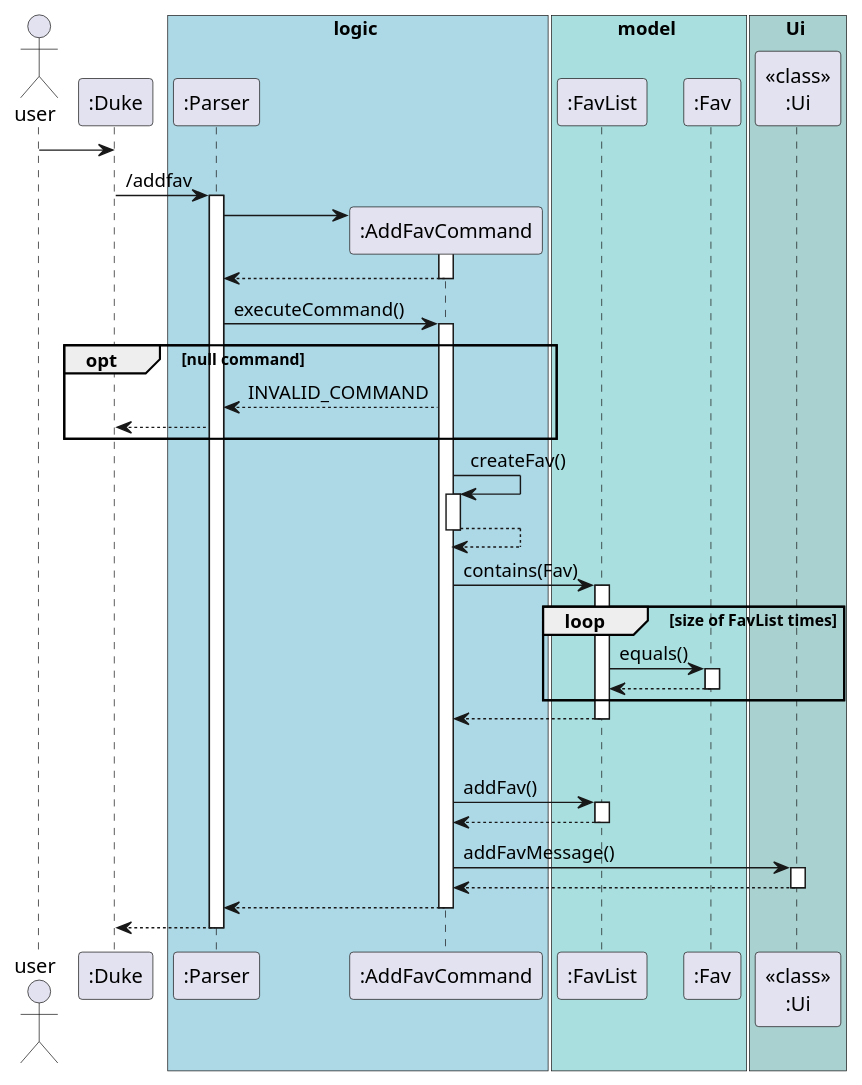
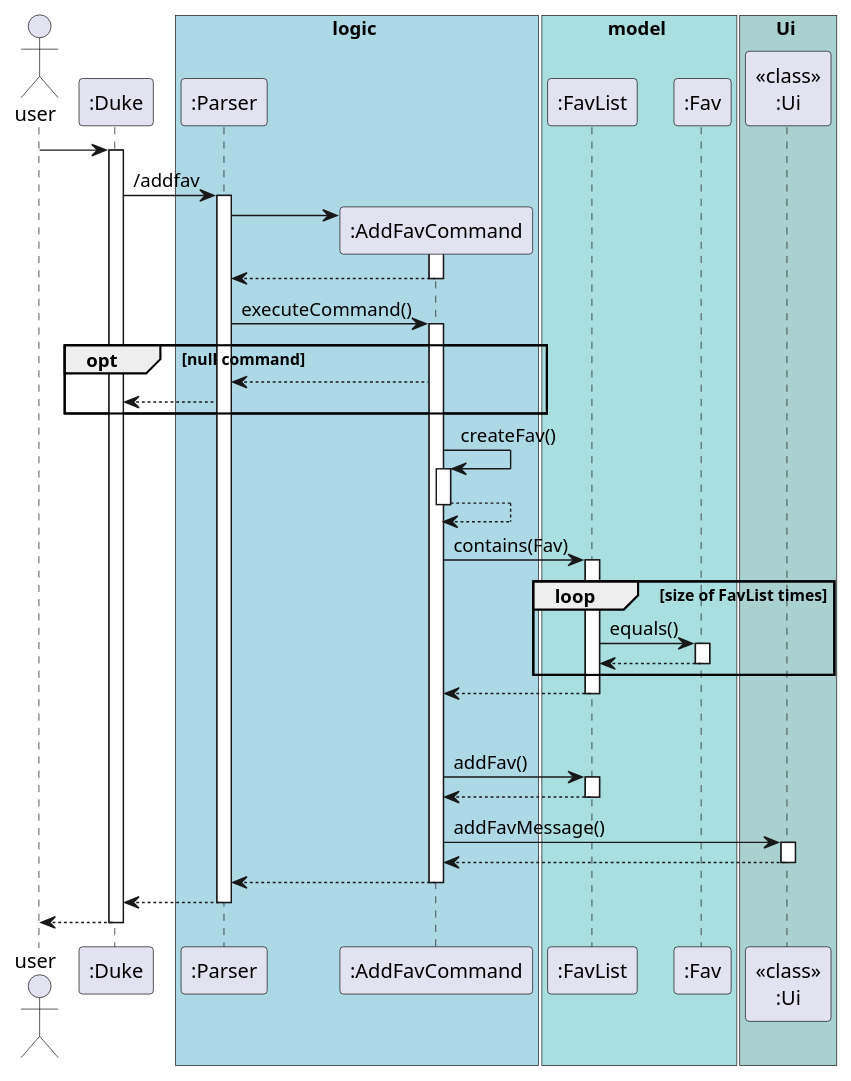
The diagram in docs/DG_Diagrams/AddFavSequence.puml (nus-cs2113-AY2021S1/tp), drawn with PlantUML before and after one commit. The commit also changed 4 other files, not shown here.

```diff
--- a/docs/DG_Diagrams/AddFavSequence.puml
+++ b/docs/DG_Diagrams/AddFavSequence.puml
@@ -1,76 +1,78 @@
 @startuml
 actor user
 participant ":Duke"
 box logic #LightBlue
 participant ":Parser"
 participant ":AddFavCommand"
 end box
 box model #A9DFDF
 participant ":FavList"
 participant ":Fav"
 end box
 box Ui #A9D1D0
 participant "<<class>>\n:Ui"
 end box
 
 user ->":Duke"
+activate ":Duke"
 ":Duke" -> ":Parser" : /addfav
 activate ":Parser"
 create ":AddFavCommand"
 ":Parser" -> ":AddFavCommand"
 activate ":AddFavCommand"
 ":AddFavCommand" --> ":Parser"
 deactivate ":AddFavCommand"
 ":Parser" -> ":AddFavCommand" : executeCommand()
 activate ":AddFavCommand"
 opt null command
-    ":AddFavCommand" --> ":Parser" : INVALID_COMMAND
+    ":AddFavCommand" --> ":Parser"
     ":Parser" --> ":Duke"
 end
 ":AddFavCommand" -> ":AddFavCommand" : createFav()
 activate ":AddFavCommand"
 
 'alt description empty
 '    create ":Fav"
 '    ":AddFavCommand" -> ":Fav" : new Fav(command, command)
 '     activate ":Fav"
 '    ":Fav" --> ":AddFavCommand"
 '    deactivate ":Fav"
 'else description not empty
 '    create ":Fav"
 '    ":AddFavCommand" -> ":Fav" : new Fav(command, desc)
 '     activate ":Fav"
 '    ":Fav" --> ":AddFavCommand"
 '    deactivate ":Fav"
 'end
 
 ":AddFavCommand" --> ":AddFavCommand"
 deactivate ":AddFavCommand"
 ":AddFavCommand" -> ":FavList" : contains(Fav)
 activate ":FavList"
 
 loop size of FavList times
     ":FavList" -> ":Fav" : equals()
      activate ":Fav" 
     ":Fav" --> ":FavList"
     deactivate ":Fav" 
 end
 
 ":FavList" --> ":AddFavCommand"
 deactivate ":FavList"
 opt no duplicate Fav
     ":AddFavCommand" -> ":FavList" : addFav()
     activate ":FavList"
     ":FavList" --> ":AddFavCommand"
     deactivate ":FavList"
     ":AddFavCommand" -> "<<class>>\n:Ui" : addFavMessage()
     activate "<<class>>\n:Ui"
     "<<class>>\n:Ui" --> ":AddFavCommand"
     deactivate "<<class>>\n:Ui"
     ":AddFavCommand" --> ":Parser"
     deactivate ":AddFavCommand"
     ":Parser" --> ":Duke"
     deactivate ":Parser"
-
+    ":Duke" --> user
+    deactivate ":Duke"
 
 @enduml
```
